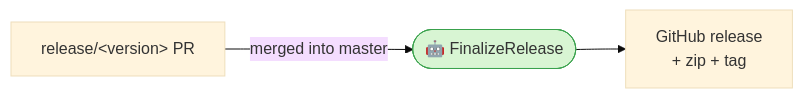
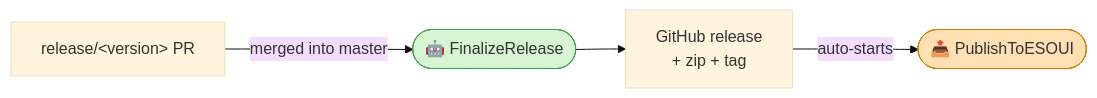
One commit to manavortex/FurnitureCatalogue changed the third of 6 diagrams in docs/CONTRIBUTING.md. Above: the diagram before and after it, drawn with Mermaid (base theme). The commit also changed other lines of this file and 3 other files, not shown here.

````diff
--- a/docs/CONTRIBUTING.md
+++ b/docs/CONTRIBUTING.md
@@ -152,7 +151,9 @@
 ```mermaid
 flowchart LR
     C[release/&lt;version&gt; PR] -- merged into master --> D(["🤖 FinalizeRelease"])
     D --> E[GitHub release<br/>+ zip + tag]
+    E -- auto-starts --> F(["📤 PublishToESOUI"])
 
     style D fill:#d8f5d3,stroke:#3aa14d
+    style F fill:#ffe0b3,stroke:#cc7a00
 ```
````
